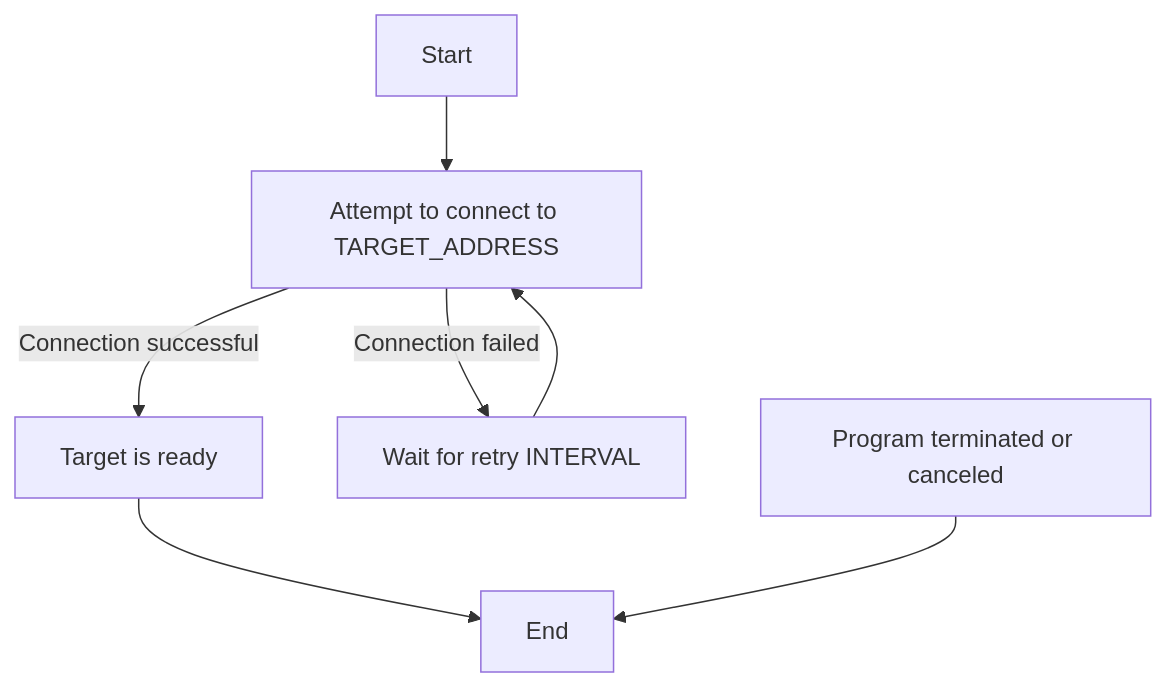
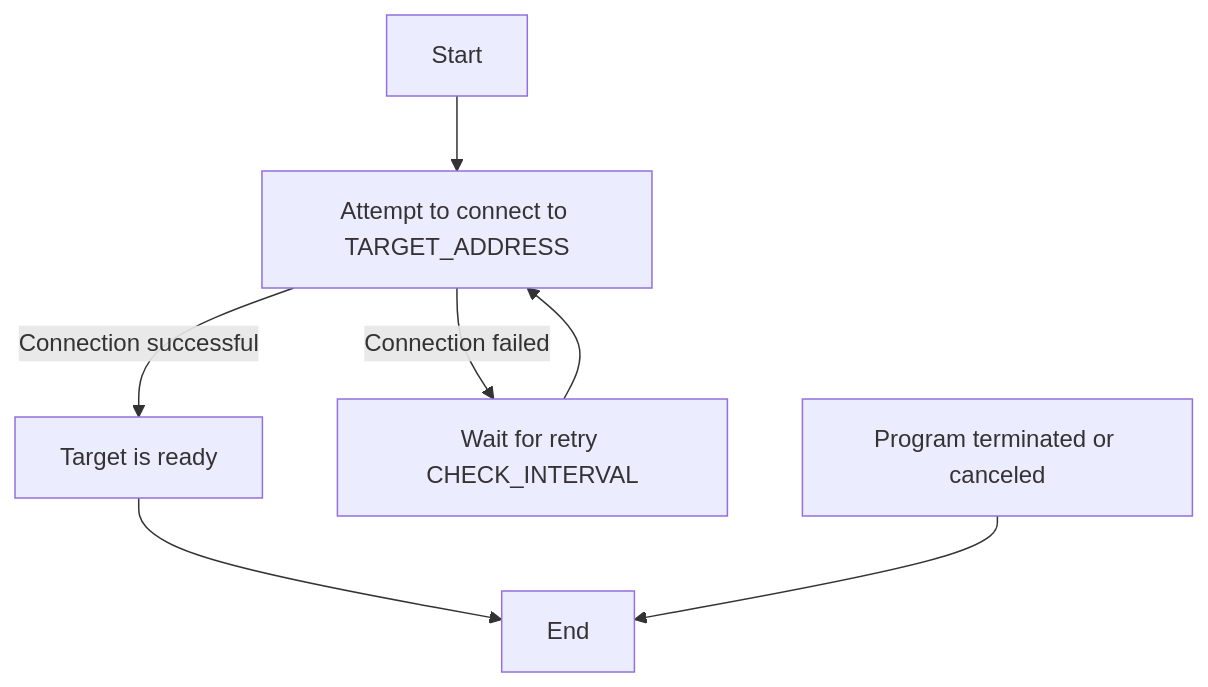
Before and after one commit to containeroo/portpatrol: the second of 2 diagrams in README.md, drawn with Mermaid. The commit also changed other lines of this file and 7 other files, not shown here.

````diff
--- a/README.md
+++ b/README.md
@@ -82,9 +82,9 @@
 ```mermaid
 graph TD;
     A[Start] --> B[Attempt to connect to TARGET_ADDRESS];
     B -->|Connection successful| C[Target is ready];
-    B -->|Connection failed| D[Wait for retry INTERVAL];
+    B -->|Connection failed| D[Wait for retry CHECK_INTERVAL];
     D --> B;
     C --> E[End];
     F[Program terminated or canceled] --> E;
 ```
````
